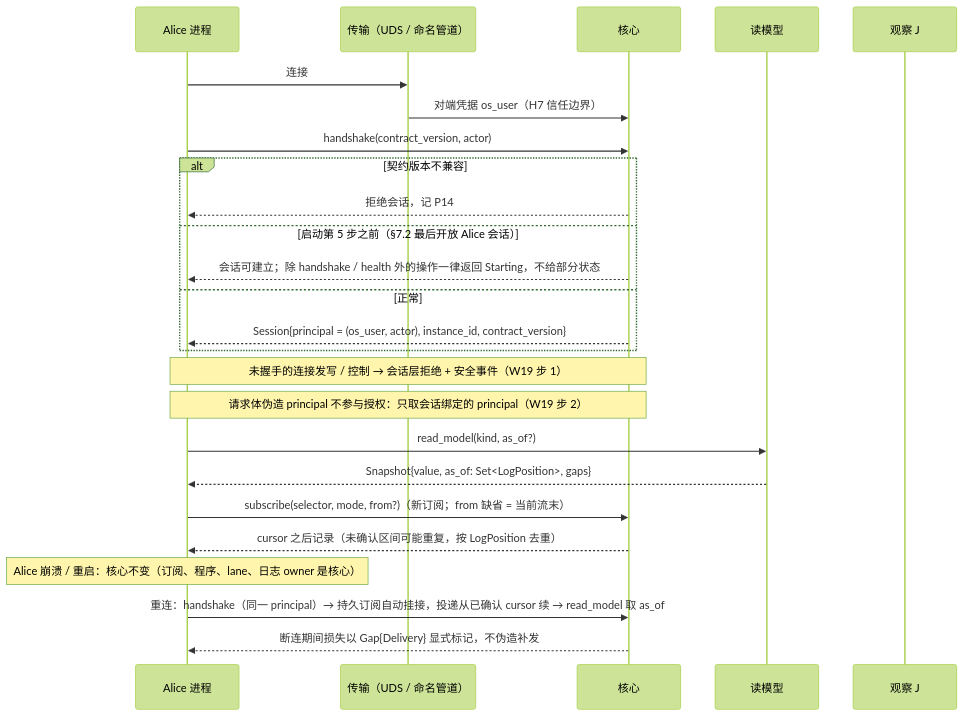
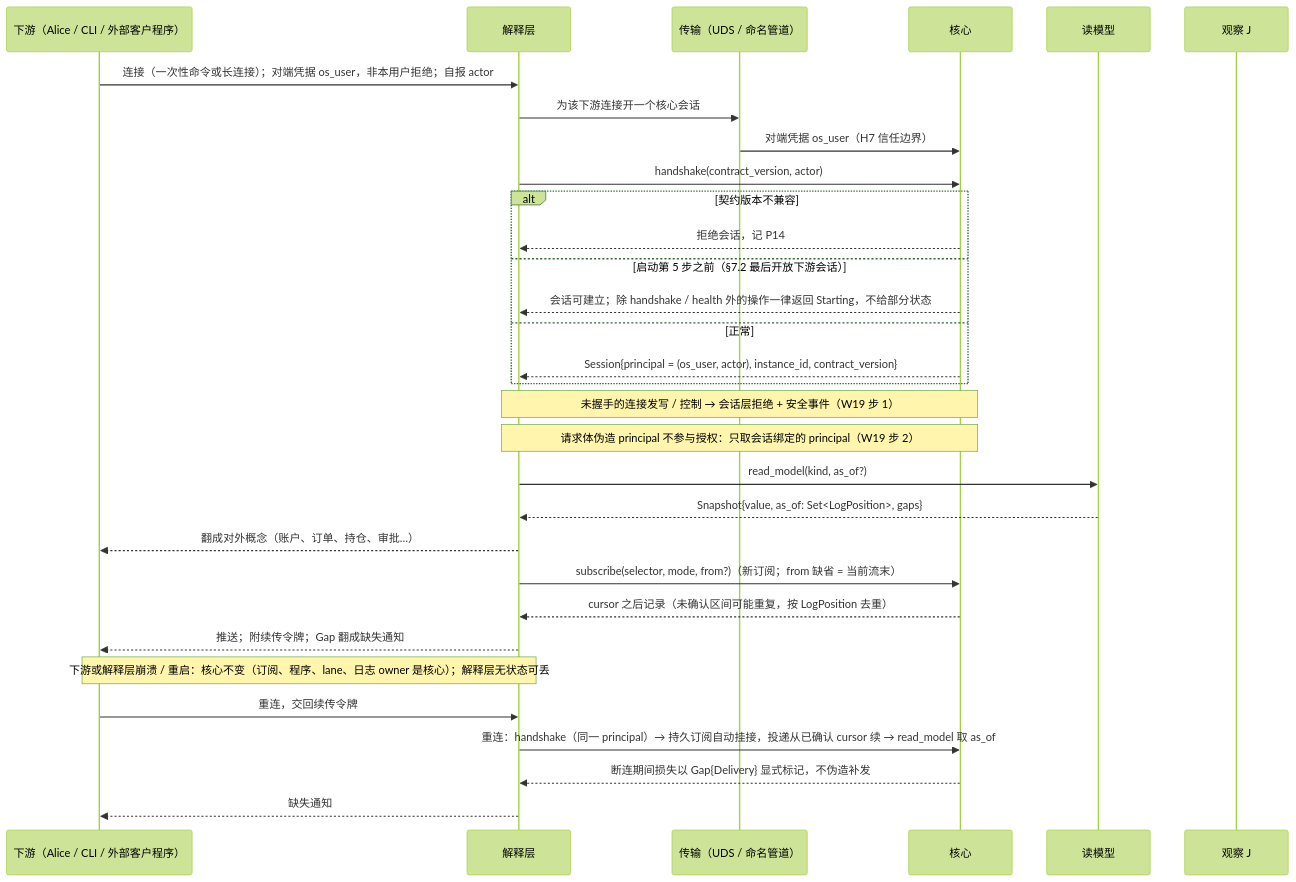
The first of 4 diagrams in design/diagrams/09-alice-session.md (mouriya-s-lab/uta), drawn with Mermaid (forest theme) before and after one commit. The commit also changed other lines of this file and 17 other files, not shown here.

````diff
--- a/design/diagrams/09-alice-session.md
+++ b/design/diagrams/09-alice-session.md
@@ -9,27 +9,33 @@
 ```mermaid
 sequenceDiagram
-  participant A as Alice 进程
+  participant D as 下游（Alice / CLI / 外部客户程序）
+  participant L as 解释层
   participant TR as 传输（UDS / 命名管道）
   participant C as 核心
   participant RM as 读模型
   participant J as 观察 J
-  A->>TR: 连接
+  D->>L: 连接（一次性命令或长连接）；对端凭据 os_user，非本用户拒绝；自报 actor
+  L->>TR: 为该下游连接开一个核心会话
   TR->>C: 对端凭据 os_user（H7 信任边界）
-  A->>C: handshake(contract_version, actor)
+  L->>C: handshake(contract_version, actor)
   alt 契约版本不兼容
-    C-->>A: 拒绝会话，记 P14
-  else 启动第 5 步之前（§7.2 最后开放 Alice 会话）
-    C-->>A: 会话可建立；除 handshake / health 外的操作一律返回 Starting，不给部分状态
+    C-->>L: 拒绝会话，记 P14
+  else 启动第 5 步之前（§7.2 最后开放下游会话）
+    C-->>L: 会话可建立；除 handshake / health 外的操作一律返回 Starting，不给部分状态
   else 正常
-    C-->>A: Session{principal = (os_user, actor), instance_id, contract_version}
+    C-->>L: Session{principal = (os_user, actor), instance_id, contract_version}
   end
-  Note over A,C: 未握手的连接发写 / 控制 → 会话层拒绝 + 安全事件（W19 步 1）
-  Note over A,C: 请求体伪造 principal 不参与授权：只取会话绑定的 principal（W19 步 2）
-  A->>RM: read_model(kind, as_of?)
-  RM-->>A: Snapshot{value, as_of: Set<LogPosition>, gaps}
-  A->>C: subscribe(selector, mode, from?)（新订阅；from 缺省 = 当前流末）
-  C-->>A: cursor 之后记录（未确认区间可能重复，按 LogPosition 去重）
-  Note over A: Alice 崩溃 / 重启：核心不变（订阅、程序、lane、日志 owner 是核心）
-  A->>C: 重连：handshake（同一 principal）→ 持久订阅自动挂接，投递从已确认 cursor 续 → read_model 取 as_of
-  C-->>A: 断连期间损失以 Gap{Delivery} 显式标记，不伪造补发
+  Note over L,C: 未握手的连接发写 / 控制 → 会话层拒绝 + 安全事件（W19 步 1）
+  Note over L,C: 请求体伪造 principal 不参与授权：只取会话绑定的 principal（W19 步 2）
+  L->>RM: read_model(kind, as_of?)
+  RM-->>L: Snapshot{value, as_of: Set<LogPosition>, gaps}
+  L-->>D: 翻成对外概念（账户、订单、持仓、审批…）
+  L->>C: subscribe(selector, mode, from?)（新订阅；from 缺省 = 当前流末）
+  C-->>L: cursor 之后记录（未确认区间可能重复，按 LogPosition 去重）
+  L-->>D: 推送；附续传令牌；Gap 翻成缺失通知
+  Note over D,L: 下游或解释层崩溃 / 重启：核心不变（订阅、程序、lane、日志 owner 是核心）；解释层无状态可丢
+  D->>L: 重连，交回续传令牌
+  L->>C: 重连：handshake（同一 principal）→ 持久订阅自动挂接，投递从已确认 cursor 续 → read_model 取 as_of
+  C-->>L: 断连期间损失以 Gap{Delivery} 显式标记，不伪造补发
+  L-->>D: 缺失通知
 ```
````
